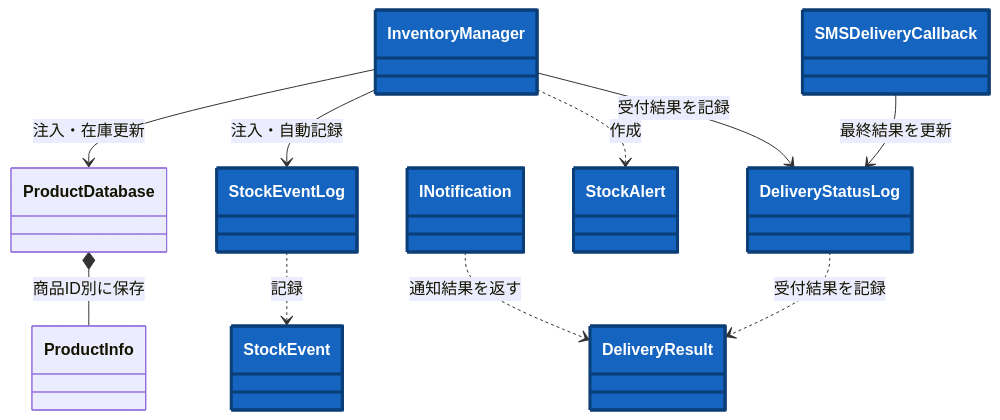
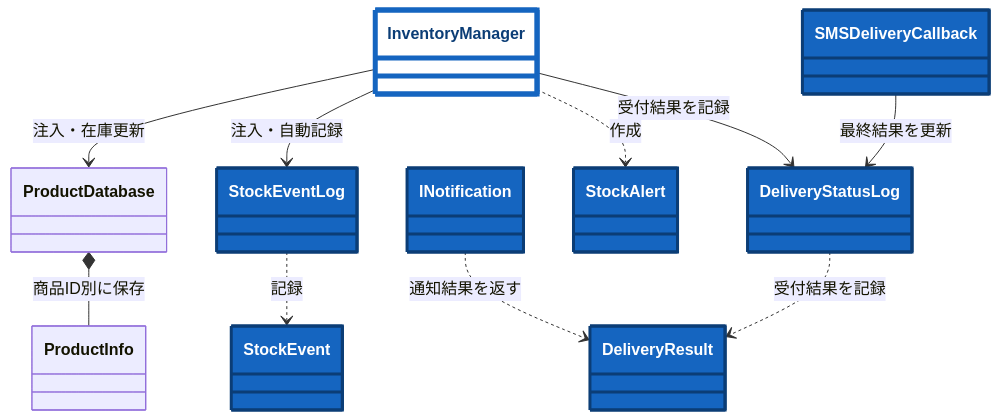
The eighth of 13 diagrams in kindle/design-patterns/books/volume01-core-patterns/output/05-chapter03.md (kumachan1101-pixel/DesignPattern), drawn with Mermaid before and after one commit. The commit also changed other lines of this file and 11 other files, not shown here.

First line of the commit message:
図の印を「新しく作る／開いて直す」へ分け、抜粋の改変を直す

````diff
--- a/kindle/design-patterns/books/volume01-core-patterns/output/05-chapter03.md
+++ b/kindle/design-patterns/books/volume01-core-patterns/output/05-chapter03.md
@@ -2175,25 +2188,26 @@
 ```mermaid
 classDiagram
     direction TB
-    class InventoryManager:::changed
+    class InventoryManager:::touched
     class ProductDatabase
     class ProductInfo
-    class StockEventLog:::changed
-    class StockEvent:::changed
-    class DeliveryStatusLog:::changed
-    class DeliveryResult:::changed
-    class SMSDeliveryCallback:::changed
-    class StockAlert:::changed
-    class INotification:::changed
+    class StockEventLog:::added
+    class StockEvent:::added
+    class DeliveryStatusLog:::added
+    class DeliveryResult:::added
+    class SMSDeliveryCallback:::added
+    class StockAlert:::added
+    class INotification:::added
     InventoryManager --> ProductDatabase : 注入・在庫更新
     InventoryManager --> StockEventLog : 注入・自動記録
     InventoryManager --> DeliveryStatusLog : 受付結果を記録
     InventoryManager ..> StockAlert : 作成
     SMSDeliveryCallback --> DeliveryStatusLog : 最終結果を更新
     ProductDatabase *-- ProductInfo : 商品ID別に保存
     StockEventLog ..> StockEvent : 記録
     INotification ..> DeliveryResult : 通知結果を返す
     DeliveryStatusLog ..> DeliveryResult : 受付結果を記録
 
-    classDef changed fill:#1565c0,stroke:#0b3d76,stroke-width:3px,color:#ffffff;
+    classDef added fill:#1565c0,stroke:#0b3d76,stroke-width:3px,color:#ffffff;
+    classDef touched fill:#ffffff,stroke:#1565c0,stroke-width:5px,color:#0b3d76;
 ```
````
